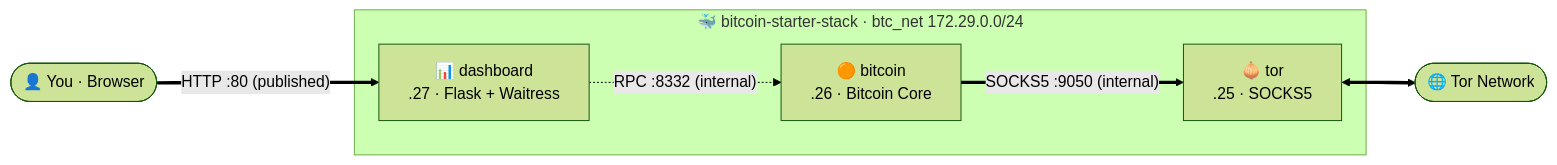
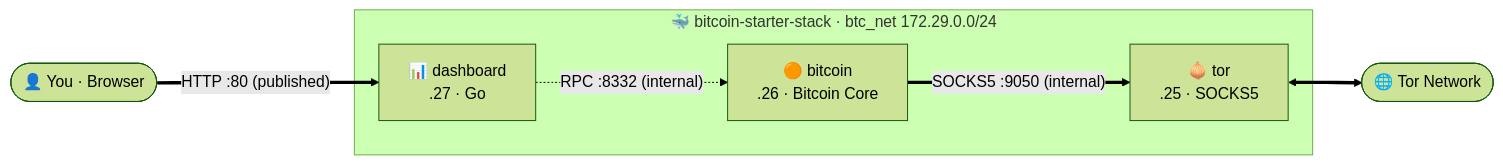
Before and after one commit to VijitSingh97/bitcoin-starter-stack: the diagram in docs/architecture.md, drawn with Mermaid (forest theme). The commit also changed other lines of this file and 33 other files, not shown here.

````diff
--- a/docs/architecture.md
+++ b/docs/architecture.md
@@ -6,16 +6,16 @@
 ```mermaid
 flowchart LR
     You(["👤 You · Browser"])
     Net(["🌐 Tor Network"])
 
     subgraph stack ["🐳 bitcoin-starter-stack · btc_net 172.29.0.0/24"]
-        Dashboard["📊 dashboard<br/>.27 · Flask + Waitress"]
+        Dashboard["📊 dashboard<br/>.27 · Go"]
         Bitcoin["🟠 bitcoin<br/>.26 · Bitcoin Core"]
         Tor["🧅 tor<br/>.25 · SOCKS5"]
     end
 
     You ==>|"HTTP :80 (published)"| Dashboard
     Dashboard -.->|"RPC :8332 (internal)"| Bitcoin
     Bitcoin ==>|"SOCKS5 :9050 (internal)"| Tor
     Tor <==> Net
 ```
````
